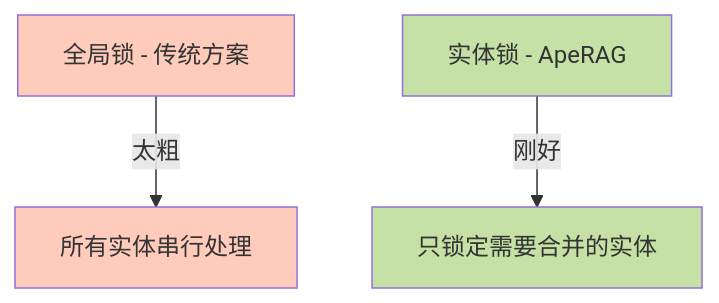
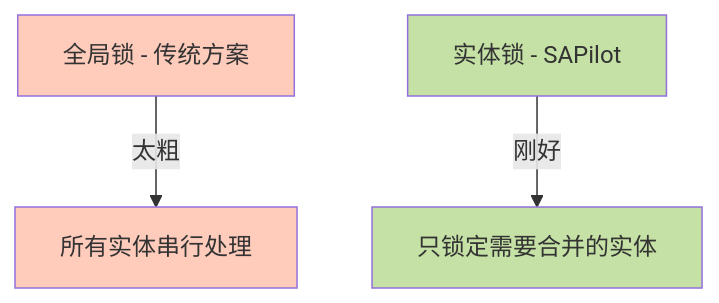
One commit to TheoEquity/SAPilot changed diagram 11 of 14 in docs/zh-CN/design/graph_index_creation.md. Above: the diagram before and after it, drawn with Mermaid. The commit also changed other lines of this file and 37 other files, not shown here.

First line of the commit message:
docs: replace all ApeRAG references with SAPilot across documentation

````diff
--- a/docs/zh-CN/design/graph_index_creation.md
+++ b/docs/zh-CN/design/graph_index_creation.md
@@ -472,11 +472,11 @@
 ```mermaid
 graph TD
     A[全局锁 - 传统方案] -->|太粗| B[所有实体串行处理]
     
-    C[实体锁 - ApeRAG] -->|刚好| D[只锁定需要合并的实体]
+    C[实体锁 - SAPilot] -->|刚好| D[只锁定需要合并的实体]
     
     style A fill:#ffccbc
     style B fill:#ffccbc
     style C fill:#c5e1a5
     style D fill:#c5e1a5
 ```
````
